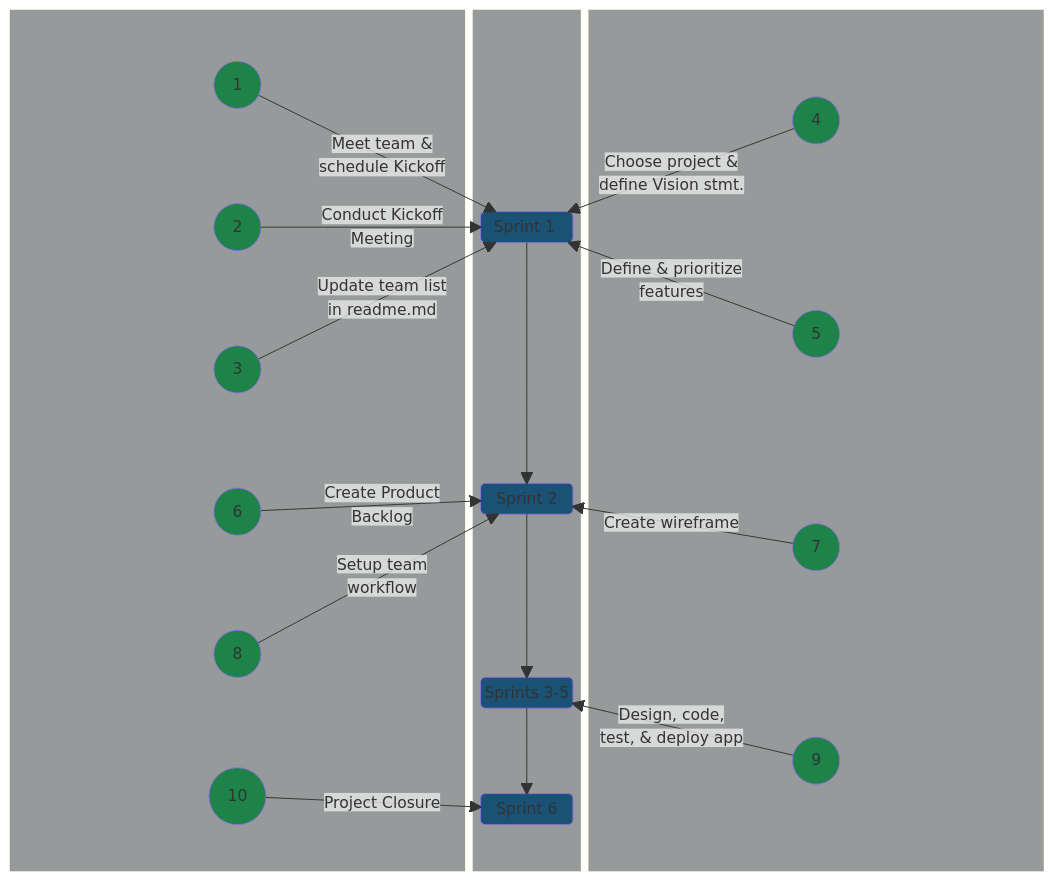
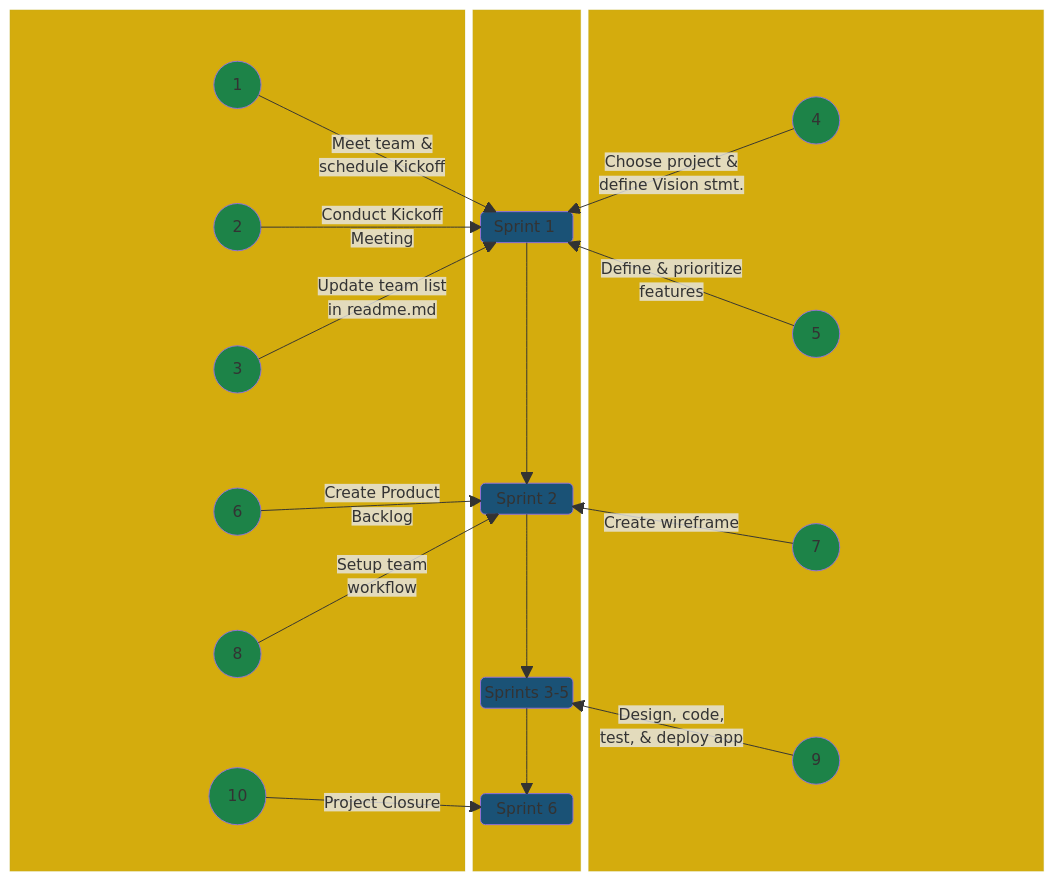
One commit to jdmedlock/mermaid_testing changed the diagram in README.md. Above: the diagram before and after it, drawn with Mermaid.

Commit message:
Feature: Recreate linear sprint diagram

````diff
--- a/README.md
+++ b/README.md
@@ -4,80 +4,80 @@
 ```mermaid
   block-beta
     columns 9
     block:LEFT:4
       columns 1
       A1(("&nbsp;&nbsp; 1 &nbsp;&nbsp;"))
       A2(("&nbsp;&nbsp; 2 &nbsp;&nbsp;"))
       A3(("&nbsp;&nbsp; 3 &nbsp;&nbsp;"))
       A6(("&nbsp;&nbsp; 6 &nbsp;&nbsp;"))
       A8(("&nbsp;&nbsp; 8 &nbsp;&nbsp;"))
       A10(("&nbsp;&nbsp; 10 &nbsp;&nbsp;"))
     end
     
     block:CENTER:1
       columns 1
       space
       space
       space
       space
       space
       SPRINT1("Sprint 1&nbsp;")
       space
       space
       space
       space
       space
       space
       SPRINT2("Sprint 2")
       space
       space
       space
       space
       SPRINT35("Sprints 3-5")
       space
       space
       SPRINT6("Sprint 6")
       space
     end
     
     block:RIGHT:4
       columns 1
       A4(("&nbsp;&nbsp; 4 &nbsp;&nbsp;"))
       A5(("&nbsp;&nbsp; 5 &nbsp;&nbsp;"))
       A7(("&nbsp;&nbsp; 7 &nbsp;&nbsp;"))
       A9(("&nbsp;&nbsp; 9 &nbsp;&nbsp;"))
     end
 
     SPRINT1 --> SPRINT2
     SPRINT2 --> SPRINT35
     SPRINT35 --> SPRINT6
 
     A1 -- "Meet team &</br>schedule Kickoff" --> SPRINT1
     A2 -- "Conduct Kickoff</br>Meeting" --> SPRINT1
     A3 -- "Update team list</br>in readme.md" --> SPRINT1
     A4 -- "Choose project &</br>define Vision stmt." --> SPRINT1
     A5 -- "Define & prioritize</br>features" --> SPRINT1
     A6 -- "Create Product</br>Backlog" --> SPRINT2
     A7 -- "Create wireframe" --> SPRINT2
     A8 -- "Setup team</br>workflow" --> SPRINT2
     A9 -- "Design, code,</br>test, & deploy app" --> SPRINT35
     A10 -- "Project Closure" --> SPRINT6
 
-    style LEFT fill:#979a9a
-    style CENTER fill:#979a9a
-    style RIGHT fill:#979a9a
+    style LEFT fill:#d4ac0d
+    style CENTER fill:#d4ac0d
+    style RIGHT fill:#d4ac0d
     style A1 fill:#1d8348
     style A2 fill:#1d8348
     style A3 fill:#1d8348
     style A4 fill:#1d8348
     style A5 fill:#1d8348
     style A6 fill:#1d8348
     style A7 fill:#1d8348
     style A8 fill:#1d8348
     style A9 fill:#1d8348
     style A10 fill:#1d8348
     style SPRINT1 fill:#1a5276
     style SPRINT2 fill:#1a5276
     style SPRINT35 fill:#1a5276
     style SPRINT6 fill:#1a5276
 ```
````
